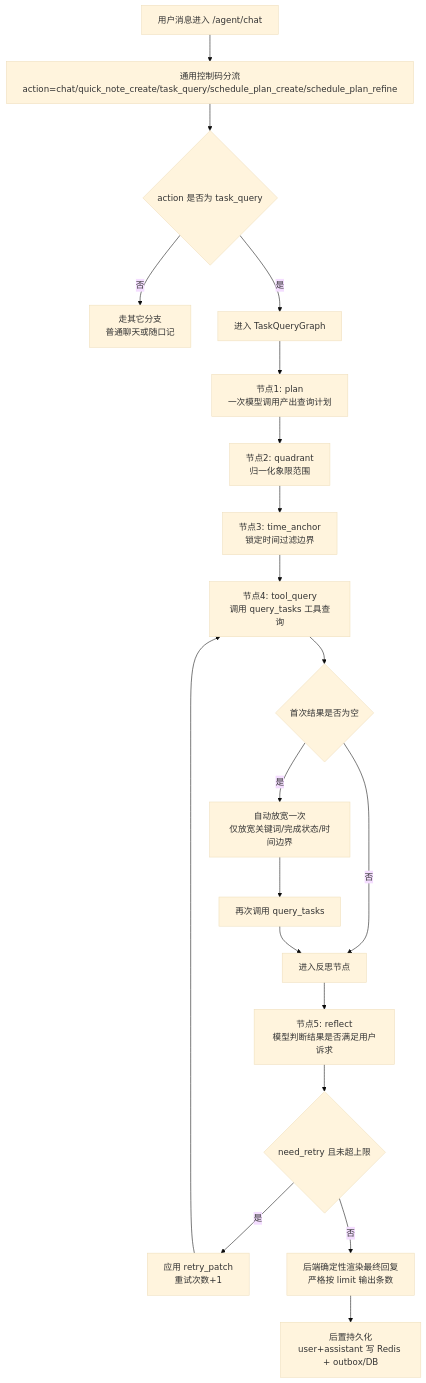
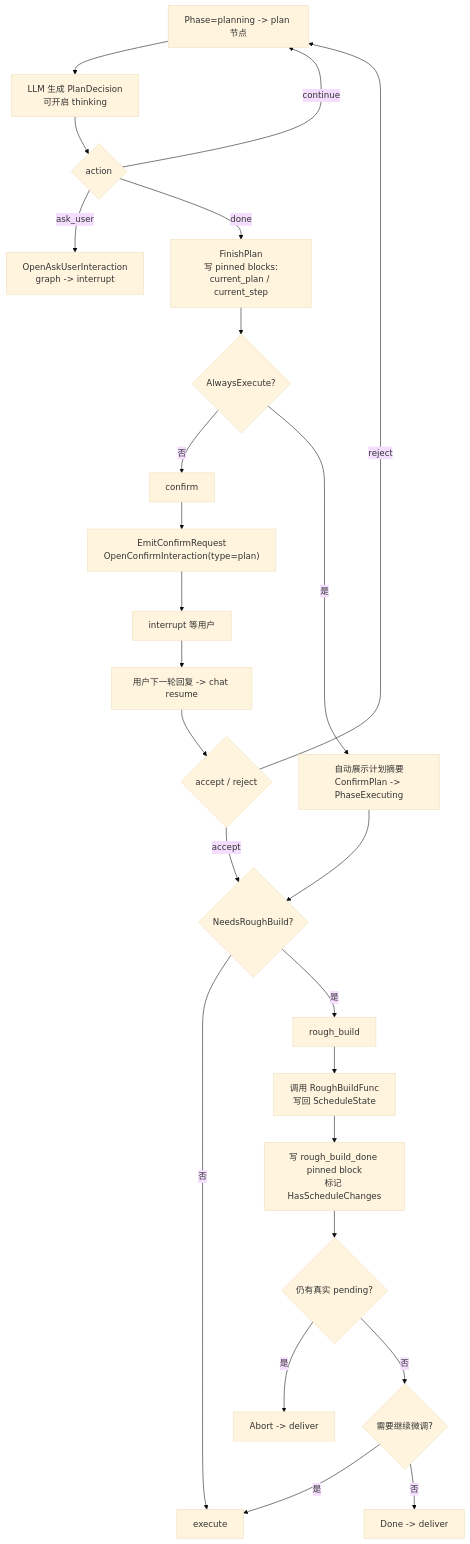
The fourth of 6 diagrams in README.md (LoveLosita/SmartFlow-Agent), drawn with Mermaid (base theme) before and after one commit. The commit also changed other lines of this file and 23 other files, not shown here.

````diff
--- a/README.md
+++ b/README.md
@@ -455,22 +525,31 @@
 ```mermaid
 flowchart TD
-    A["用户消息进入 /agent/chat"] --> B["通用控制码分流<br/>action=chat/quick_note_create/task_query/schedule_plan_create/schedule_plan_refine"]
-    B --> C{"action 是否为 task_query"}
-    C -- 否 --> D["走其它分支<br/>普通聊天或随口记"]
-    C -- 是 --> E["进入 TaskQueryGraph"]
-    E --> F["节点1: plan<br/>一次模型调用产出查询计划"]
-    F --> G["节点2: quadrant<br/>归一化象限范围"]
-    G --> H["节点3: time_anchor<br/>锁定时间过滤边界"]
-    H --> I["节点4: tool_query<br/>调用 query_tasks 工具查询"]
-    I --> J{"首次结果是否为空"}
-    J -- 是 --> K["自动放宽一次<br/>仅放宽关键词/完成状态/时间边界"]
-    K --> L["再次调用 query_tasks"]
-    J -- 否 --> M["进入反思节点"]
-    L --> M
-    M --> N["节点5: reflect<br/>模型判断结果是否满足用户诉求"]
-    N --> O{"need_retry 且未超上限"}
-    O -- 是 --> P["应用 retry_patch<br/>重试次数+1"]
-    P --> I
-    O -- 否 --> Q["后端确定性渲染最终回复<br/>严格按 limit 输出条数"]
-    Q --> R["后置持久化<br/>user+assistant 写 Redis + outbox/DB"]
+    A["Phase=planning -> plan 节点"] --> B["LLM 生成 PlanDecision<br/>可开启 thinking"]
+    B --> C{"action"}
+
+    C -- "continue" --> A
+    C -- "ask_user" --> D["OpenAskUserInteraction<br/>graph -> interrupt"]
+    C -- "done" --> E["FinishPlan<br/>写 pinned blocks:<br/>current_plan / current_step"]
+
+    E --> F{"AlwaysExecute?"}
+    F -- "否" --> G["confirm"]
+    G --> H["EmitConfirmRequest<br/>OpenConfirmInteraction(type=plan)"]
+    H --> I["interrupt 等用户"]
+    I --> J["用户下一轮回复 -> chat resume"]
+    J --> K{"accept / reject"}
+    K -- "accept" --> L{"NeedsRoughBuild?"}
+    K -- "reject" --> A
+
+    F -- "是" --> M["自动展示计划摘要<br/>ConfirmPlan -> PhaseExecuting"]
+    M --> L
+
+    L -- "否" --> N["execute"]
+    L -- "是" --> O["rough_build"]
+    O --> P["调用 RoughBuildFunc<br/>写回 ScheduleState"]
+    P --> Q["写 rough_build_done pinned block<br/>标记 HasScheduleChanges"]
+    Q --> R{"仍有真实 pending?"}
+    R -- "是" --> S["Abort -> deliver"]
+    R -- "否" --> T{"需要继续微调?"}
+    T -- "是" --> N
+    T -- "否" --> U["Done -> deliver"]
 ```
````
